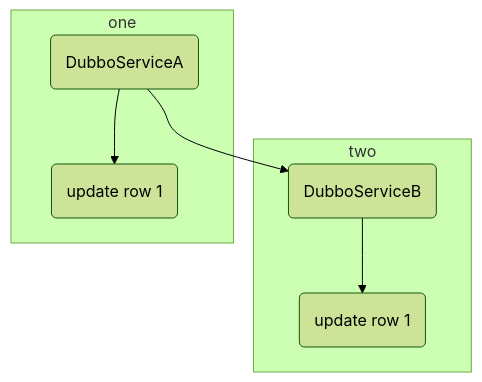
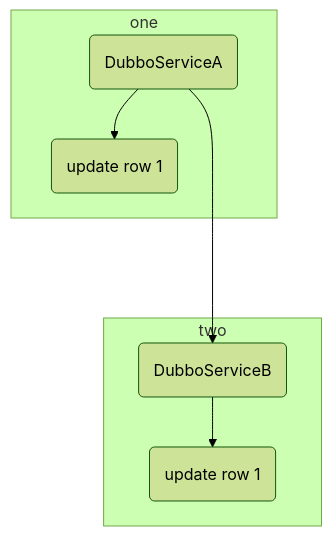
The diagram in dubbo/服务治理问题案例.md (zhudongdong/docs), drawn with Mermaid (forest theme) before and after one commit. The commit also changed other lines of this file, not shown here.

Commit message:
Uploaded by https://stackedit.io/

````diff
--- a/dubbo/服务治理问题案例.md
+++ b/dubbo/服务治理问题案例.md
@@ -3,11 +3,11 @@
 ```mermaid
 graph TB
 
 subgraph two
 c(DubboServiceB) --> d(update row 1)
 end
 subgraph one
 a(DubboServiceA) --> b(update row 1)
-a --> c
+a ----> c
 end
 ```
````
